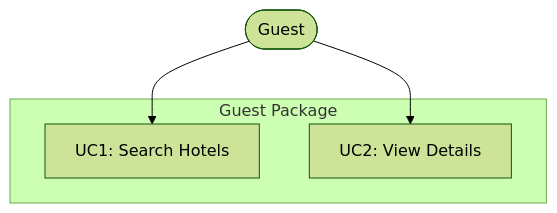
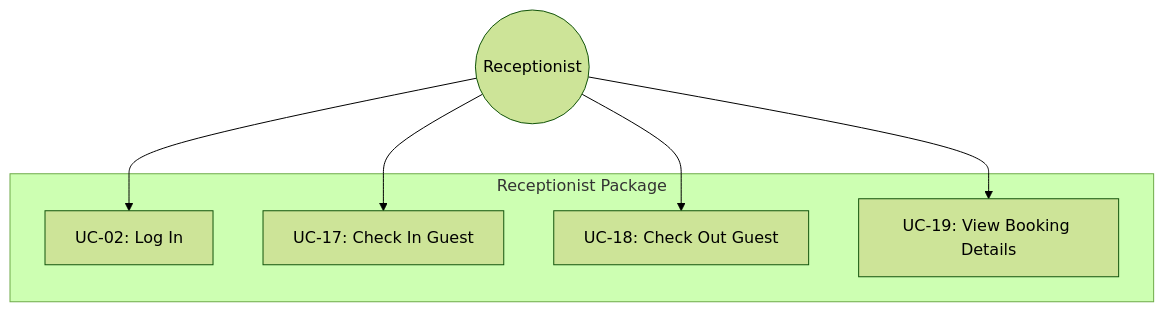
The fourth of 9 diagrams in docs/requirements/02-user-requirements.md (thaideptrai218/swdv2), drawn with Mermaid (forest theme) before and after one commit. The commit also changed other lines of this file, not shown here.

````diff
--- a/docs/requirements/02-user-requirements.md
+++ b/docs/requirements/02-user-requirements.md
@@ -201,13 +500,16 @@
 ```mermaid
 graph TB
-    %% TODO: Generate with generate-mermaid-usecase-diagram.py --type package --actor Guest
-    Guest([Guest])
+    A2((Receptionist))
 
-    subgraph GuestPackage["Guest Package"]
-        UC1[UC1: Search Hotels]
-        UC2[UC2: View Details]
+    subgraph ReceptionistPackage["Receptionist Package"]
+        UC02[UC-02: Log In]
+        UC17[UC-17: Check In Guest]
+        UC18[UC-18: Check Out Guest]
+        UC19[UC-19: View Booking Details]
     end
 
-    Guest --> UC1
-    Guest --> UC2
+    A2 --> UC02
+    A2 --> UC17
+    A2 --> UC18
+    A2 --> UC19
 ```
````
